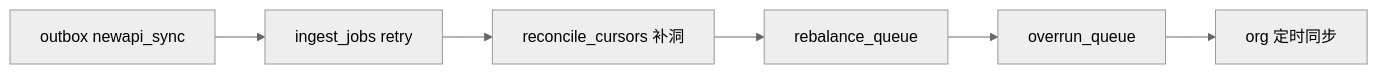
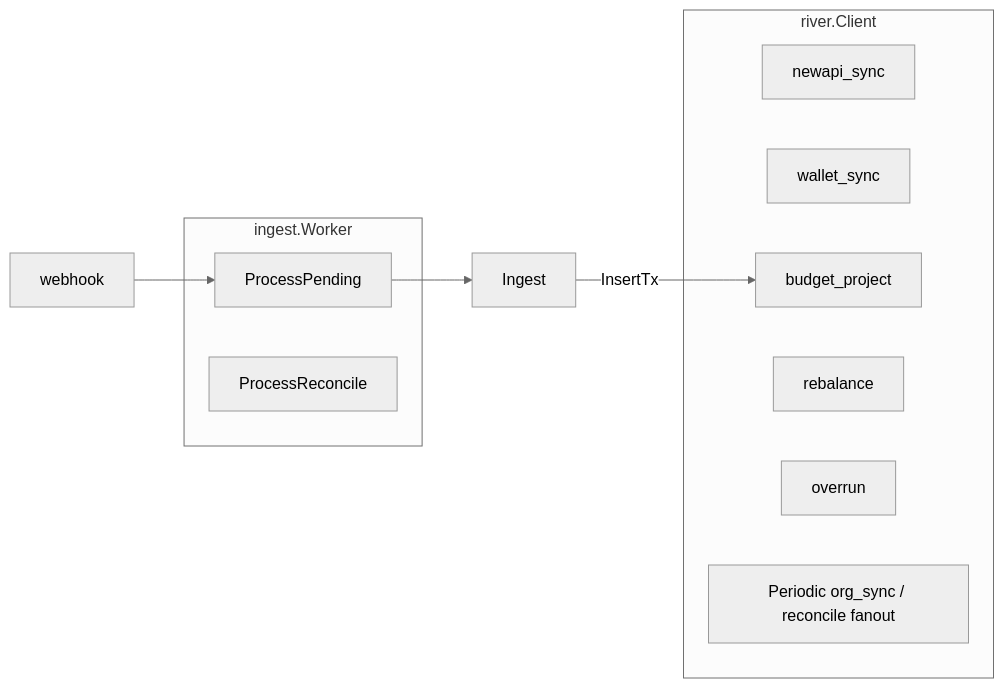
Before and after one commit to quyip8818/mytokenjoy: the fifth of 6 diagrams in docs/Backend-架构.md, drawn with Mermaid (neutral theme). The commit also changed other lines of this file and 112 other files, not shown here.

````diff
--- a/docs/Backend-架构.md
+++ b/docs/Backend-架构.md
@@ -398,8 +407,20 @@
 ```mermaid
 flowchart LR
-  A[outbox newapi_sync] --> B[ingest_jobs retry]
-  B --> C[reconcile_cursors 补洞]
-  C --> D[rebalance_queue]
-  D --> E[overrun_queue]
-  E --> F[org 定时同步]
+  subgraph ingest [ingest.Worker]
+    P[ProcessPending]
+    R[ProcessReconcile]
+  end
+
+  subgraph river [river.Client]
+    NS[newapi_sync]
+    WS[wallet_sync]
+    BP[budget_project]
+    RB[rebalance]
+    OV[overrun]
+    FAN[Periodic org_sync / reconcile fanout]
+  end
+
+  WH[webhook] --> P
+  P --> ING[Ingest]
+  ING -->|InsertTx| BP
 ```
````
